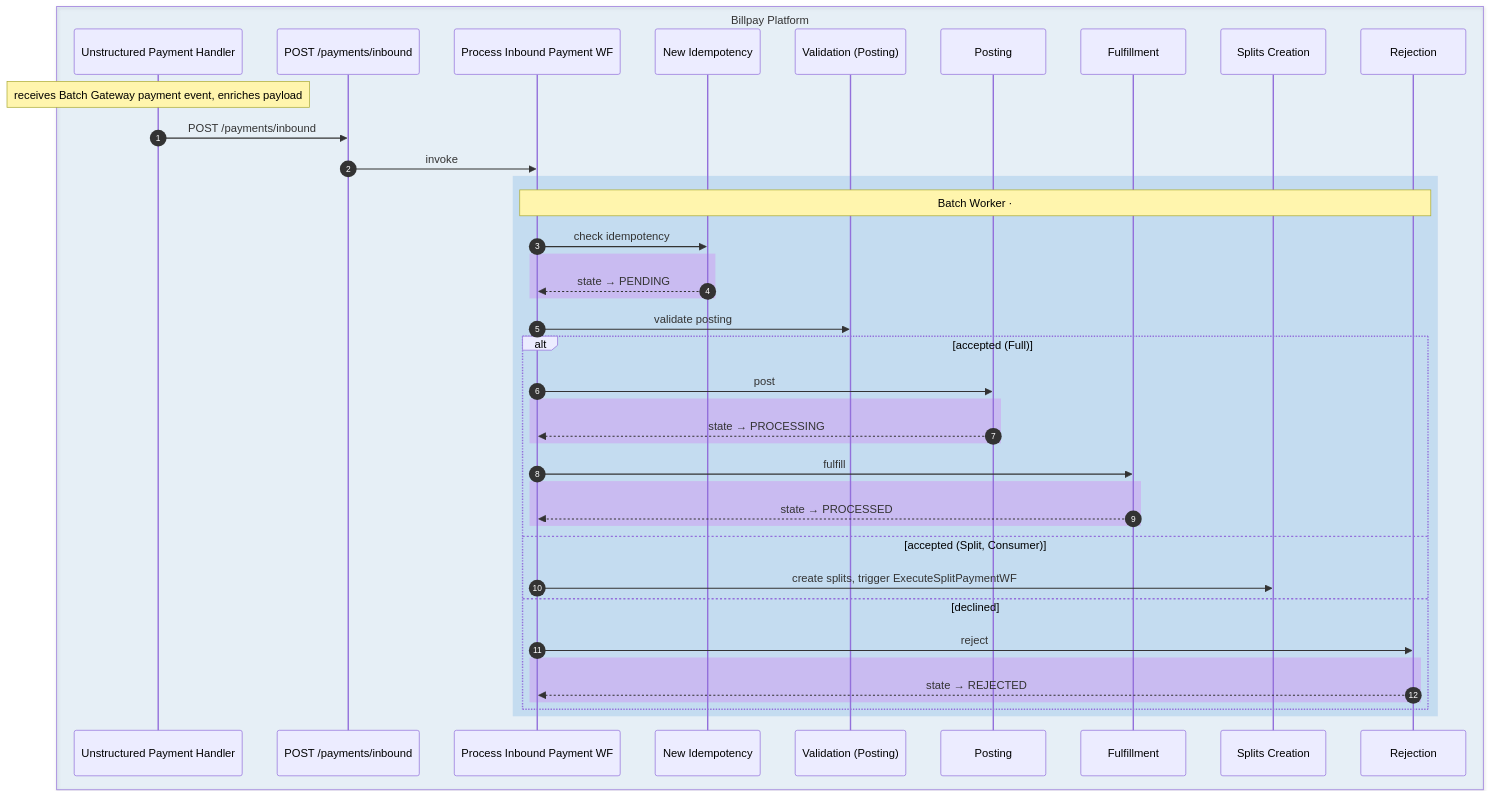
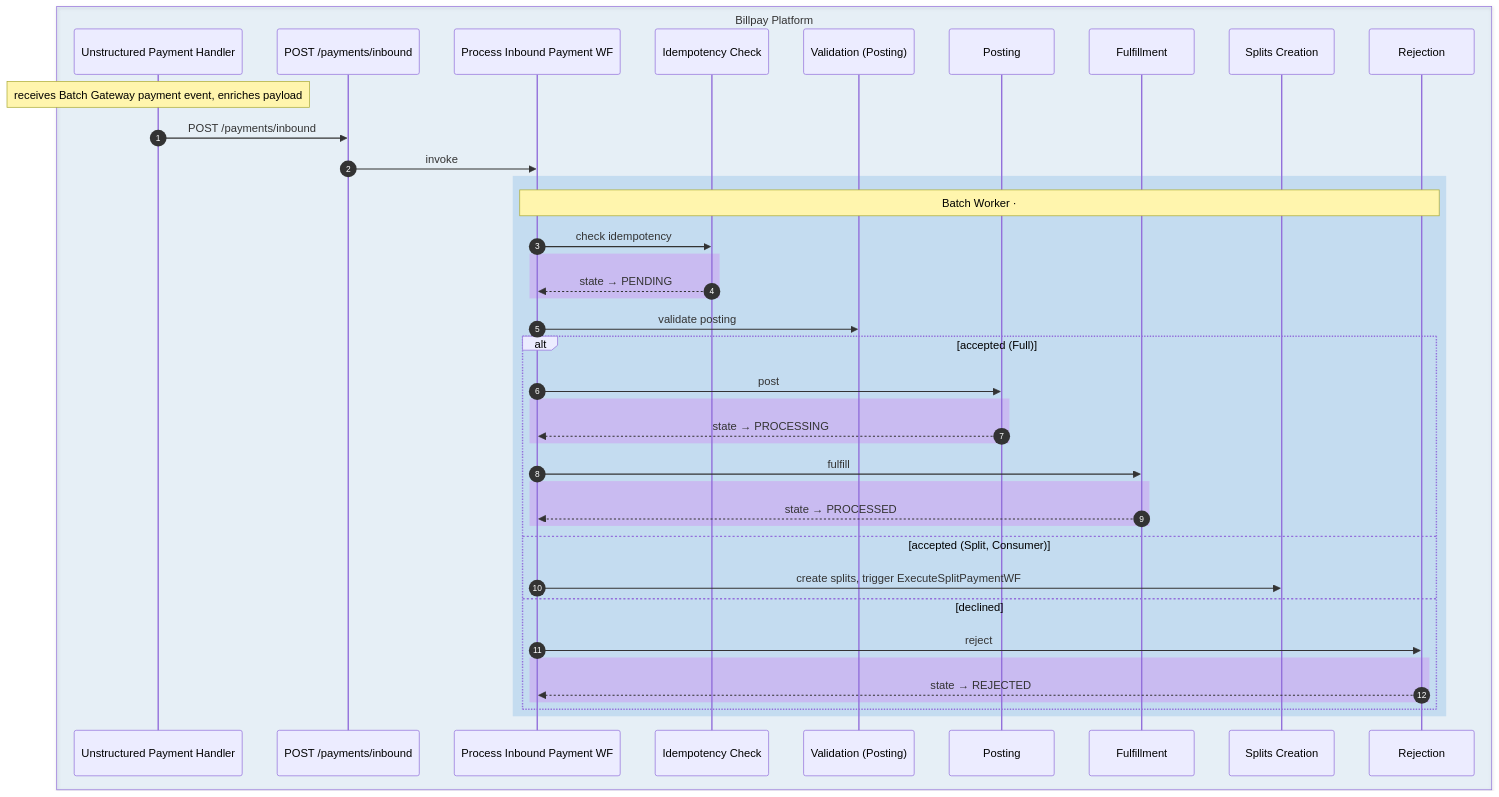
The seventh of 10 diagrams in docs/diagrams/sequence-diagrams.md (arunav-bhattacharya/billpay-docs), drawn with Mermaid before and after one commit. The commit also changed other lines of this file, not shown here.

First line of the commit message:
Consolidate New/Existing idempotency actors into single Idempotency Check

````diff
--- a/docs/diagrams/sequence-diagrams.md
+++ b/docs/diagrams/sequence-diagrams.md
@@ -399,46 +399,46 @@
 ```mermaid
 sequenceDiagram
   autonumber
 
   box rgba(0,111,207,0.08) Billpay Platform
     participant UPH as Unstructured Payment Handler
     participant API as POST /payments/inbound
     participant IB as Process Inbound Payment WF
-    participant NPI as New Idempotency
+    participant IDEMP as Idempotency Check
     participant PVP as Validation (Posting)
     participant PPS as Posting
     participant PFL as Fulfillment
     participant PSC as Splits Creation
     participant PRJ as Rejection
   end
 
   Note over UPH: receives Batch Gateway payment event, enriches payload
   UPH->>API: POST /payments/inbound
   API->>IB: invoke
 
   rect rgba(0,111,207,0.15)
     Note over IB,PRJ: Batch Worker · #ProcessInboundPaymentWF — posts an upstream-originated payment into Billpay
-    IB->>NPI: check idempotency
+    IB->>IDEMP: check idempotency
     rect rgba(217,70,239,0.22)
-      NPI-->>IB: state → PENDING
+      IDEMP-->>IB: state → PENDING
     end
     IB->>PVP: validate posting
     alt accepted (Full)
       IB->>PPS: post
       rect rgba(217,70,239,0.22)
         PPS-->>IB: state → PROCESSING
       end
       IB->>PFL: fulfill
       rect rgba(217,70,239,0.22)
         PFL-->>IB: state → PROCESSED
       end
     else accepted (Split, Consumer)
       IB->>PSC: create splits, trigger ExecuteSplitPaymentWF
     else declined
       IB->>PRJ: reject
       rect rgba(217,70,239,0.22)
         PRJ-->>IB: state → REJECTED
       end
     end
   end
 ```
````
